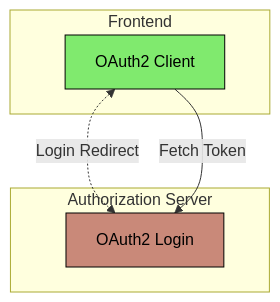
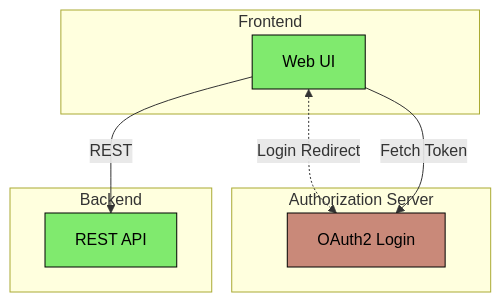
Before and after one commit to onlyteo/spring-boot-sandbox: the diagram in spring-boot-oauth2-authorization-server-extended/README.md, drawn with Mermaid. The commit also changed other lines of this file and 73 other files, not shown here.

````diff
--- a/spring-boot-oauth2-authorization-server-extended/README.md
+++ b/spring-boot-oauth2-authorization-server-extended/README.md
@@ -7,15 +18,18 @@
 ```mermaid
 graph TD
-    subgraph Frontend
-        A[OAuth2 Client]
-    end
     subgraph Authorization Server
         X[OAuth2 Login]
     end
+    subgraph Frontend
+        A[Web UI]
+    end
+    subgraph Backend
+        B[REST API]
+    end
 
-    A:::spring <-. Login Redirect .-> X:::oauth2
+    A:::react <-. Login Redirect .-> X:::oauth2
     A:::spring -- Fetch Token --> X:::oauth2
-    
-    classDef spring fill:#80ea6e,stroke:#000000,color:#000000
-    classDef oauth2 fill:#c98979,stroke:#000000,color:#000000
+    A:::spring -- REST --> B:::spring
+    classDef spring fill: #80ea6e, stroke: #000000, color: #000000
+    classDef oauth2 fill: #c98979, stroke: #000000, color: #000000
 ```
````
